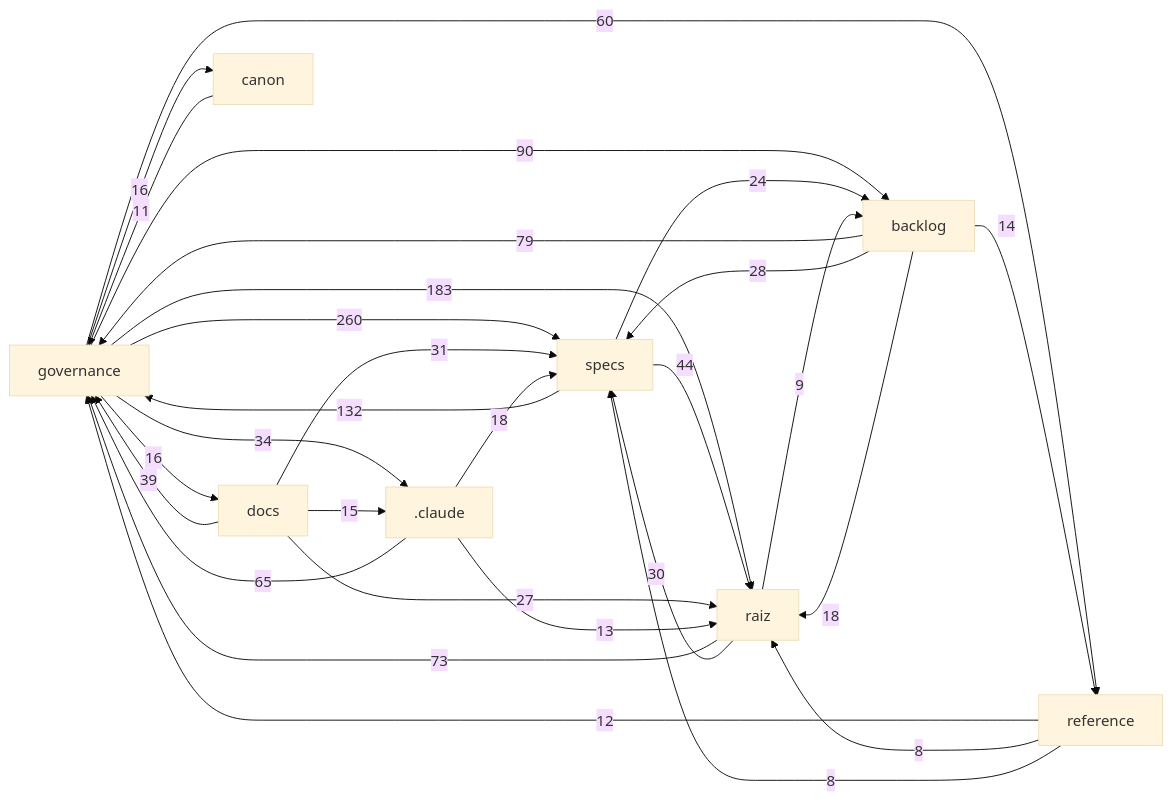
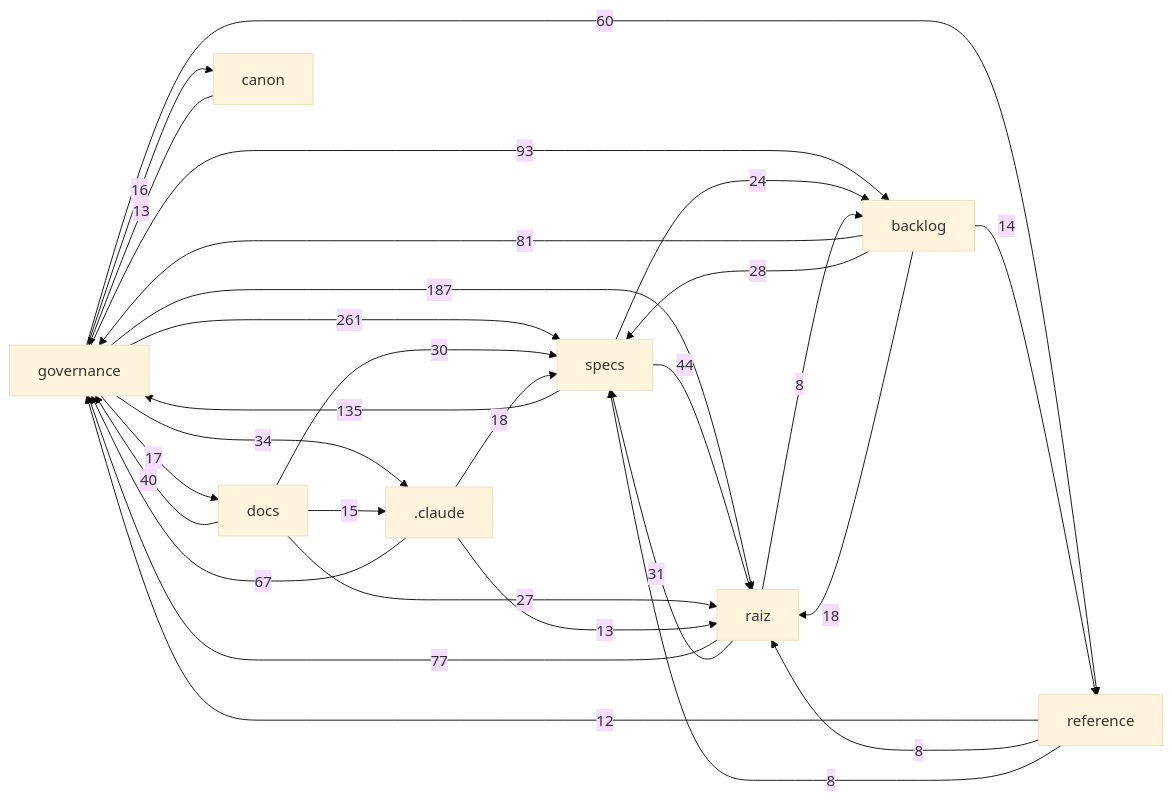
The diagram in docs/mapa/MAPA-PROJETO.md (Andraus35/Sistema-Operacional-de-Trading--SOT), drawn with Mermaid (base theme) before and after one commit. The commit also changed other lines of this file and 18 other files, not shown here.

````diff
--- a/docs/mapa/MAPA-PROJETO.md
+++ b/docs/mapa/MAPA-PROJETO.md
@@ -30,31 +30,31 @@
 ```mermaid
 flowchart LR
-  governance["governance"] -->|260| specs["specs"]
-  governance["governance"] -->|183| raiz["raiz"]
-  specs["specs"] -->|132| governance["governance"]
-  governance["governance"] -->|90| backlog["backlog"]
-  backlog["backlog"] -->|79| governance["governance"]
-  raiz["raiz"] -->|73| governance["governance"]
-  _claude[".claude"] -->|65| governance["governance"]
+  governance["governance"] -->|261| specs["specs"]
+  governance["governance"] -->|187| raiz["raiz"]
+  specs["specs"] -->|135| governance["governance"]
+  governance["governance"] -->|93| backlog["backlog"]
+  backlog["backlog"] -->|81| governance["governance"]
+  raiz["raiz"] -->|77| governance["governance"]
+  _claude[".claude"] -->|67| governance["governance"]
   governance["governance"] -->|60| reference["reference"]
   specs["specs"] -->|44| raiz["raiz"]
-  docs["docs"] -->|39| governance["governance"]
+  docs["docs"] -->|40| governance["governance"]
   governance["governance"] -->|34| _claude[".claude"]
-  docs["docs"] -->|31| specs["specs"]
-  raiz["raiz"] -->|30| specs["specs"]
+  raiz["raiz"] -->|31| specs["specs"]
+  docs["docs"] -->|30| specs["specs"]
   backlog["backlog"] -->|28| specs["specs"]
   docs["docs"] -->|27| raiz["raiz"]
   specs["specs"] -->|24| backlog["backlog"]
   _claude[".claude"] -->|18| specs["specs"]
   backlog["backlog"] -->|18| raiz["raiz"]
-  governance["governance"] -->|16| docs["docs"]
+  governance["governance"] -->|17| docs["docs"]
   governance["governance"] -->|16| canon["canon"]
   docs["docs"] -->|15| _claude[".claude"]
   backlog["backlog"] -->|14| reference["reference"]
   _claude[".claude"] -->|13| raiz["raiz"]
+  canon["canon"] -->|13| governance["governance"]
   reference["reference"] -->|12| governance["governance"]
-  canon["canon"] -->|11| governance["governance"]
-  raiz["raiz"] -->|9| backlog["backlog"]
+  raiz["raiz"] -->|8| backlog["backlog"]
   reference["reference"] -->|8| raiz["raiz"]
   reference["reference"] -->|8| specs["specs"]
 ```
````
